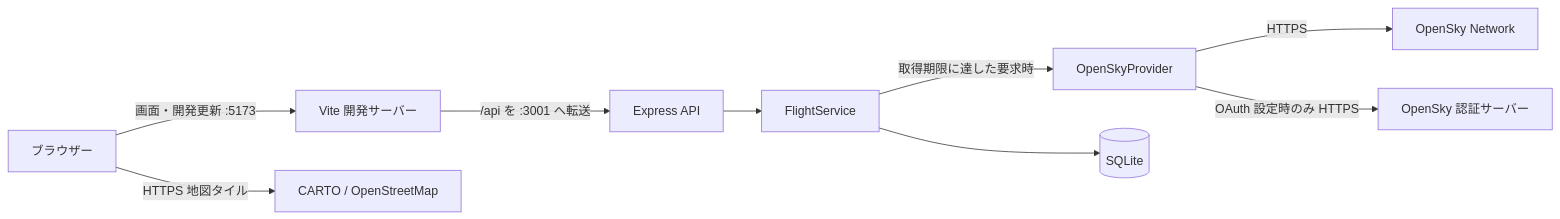
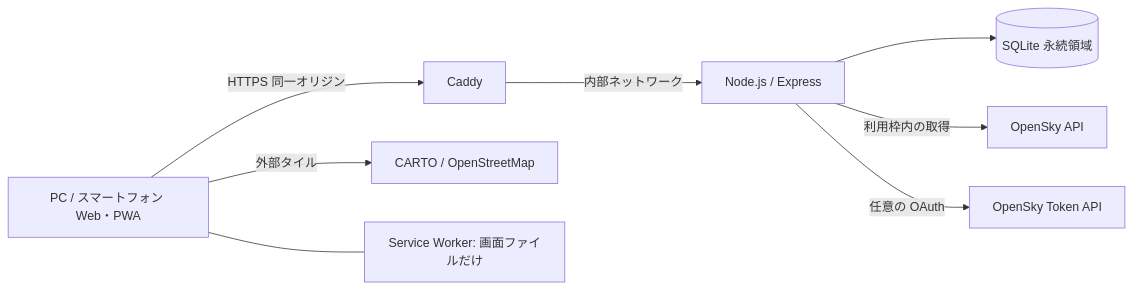
One commit to Busaemon/global-flight-monitor changed the first of 2 diagrams in docs/04-architecture.md. Above: the diagram before and after it, drawn with Mermaid. The commit also changed other lines of this file and 69 other files, not shown here.

````diff
--- a/docs/04-architecture.md
+++ b/docs/04-architecture.md
@@ -31,11 +7,10 @@
 ```mermaid
 flowchart LR
-    Browser[ブラウザー] -->|画面・開発更新 :5173| Vite[Vite 開発サーバー]
-    Vite -->|/api を :3001 へ転送| API[Express API]
-    API --> Service[FlightService]
-    Service -->|取得期限に達した要求時| Provider[OpenSkyProvider]
-    Provider -->|HTTPS| OpenSky[OpenSky Network]
-    Provider -->|OAuth 設定時のみ HTTPS| OAuth[OpenSky 認証サーバー]
-    Service --> DB[(SQLite)]
-    Browser -->|HTTPS 地図タイル| Carto[CARTO / OpenStreetMap]
+    U[PC / スマートフォン Web・PWA] -->|HTTPS 同一オリジン| C[Caddy]
+    C -->|内部ネットワーク| A[Node.js / Express]
+    A --> D[(SQLite 永続領域)]
+    A -->|利用枠内の取得| O[OpenSky API]
+    A -->|任意の OAuth| T[OpenSky Token API]
+    U -->|外部タイル| M[CARTO / OpenStreetMap]
+    U --- S[Service Worker: 画面ファイルだけ]
 ```
````
